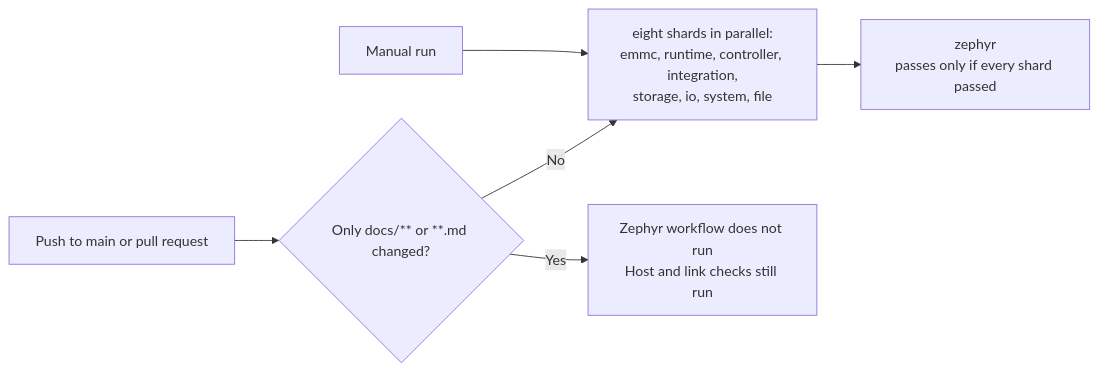
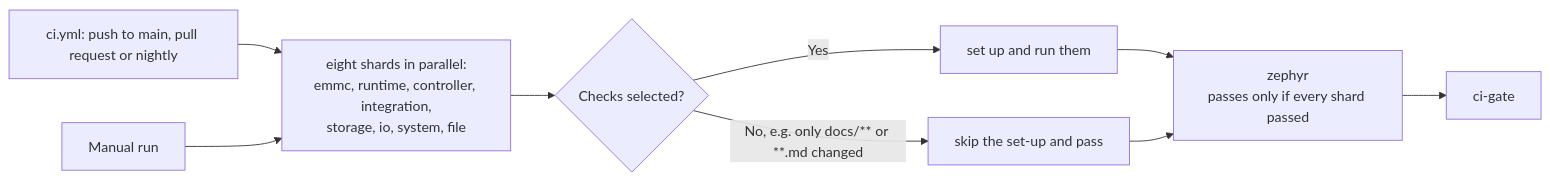
The diagram in docs/ci-zephyr-shards.md (wonny-labs/crux), drawn with Mermaid before and after one commit. The commit also changed other lines of this file and 4 other files, not shown here.

Commit message:
docs: describe the always-running Zephyr shards and the gate limits

````diff
--- a/docs/ci-zephyr-shards.md
+++ b/docs/ci-zephyr-shards.md
@@ -7,8 +7,11 @@
 ```mermaid
 flowchart LR
-    event["Push to main or pull request"] --> filter{"Only docs/** or **.md changed?"}
+    event["ci.yml: push to main, pull request or nightly"] --> shards
     manual["Manual run"] --> shards
-    filter -- "Yes" --> skip["Zephyr workflow does not run<br/>Host and link checks still run"]
-    filter -- "No" --> shards["eight shards in parallel:<br/>emmc, runtime, controller, integration,<br/>storage, io, system, file"]
-    shards --> summary["zephyr<br/>passes only if every shard passed"]
+    shards["eight shards in parallel:<br/>emmc, runtime, controller, integration,<br/>storage, io, system, file"] --> plan{"Checks selected?"}
+    plan -- "Yes" --> run["set up and run them"]
+    plan -- "No, e.g. only docs/** or **.md changed" --> pass["skip the set-up and pass"]
+    run --> summary["zephyr<br/>passes only if every shard passed"]
+    pass --> summary
+    summary --> gate["ci-gate"]
 ```
````
